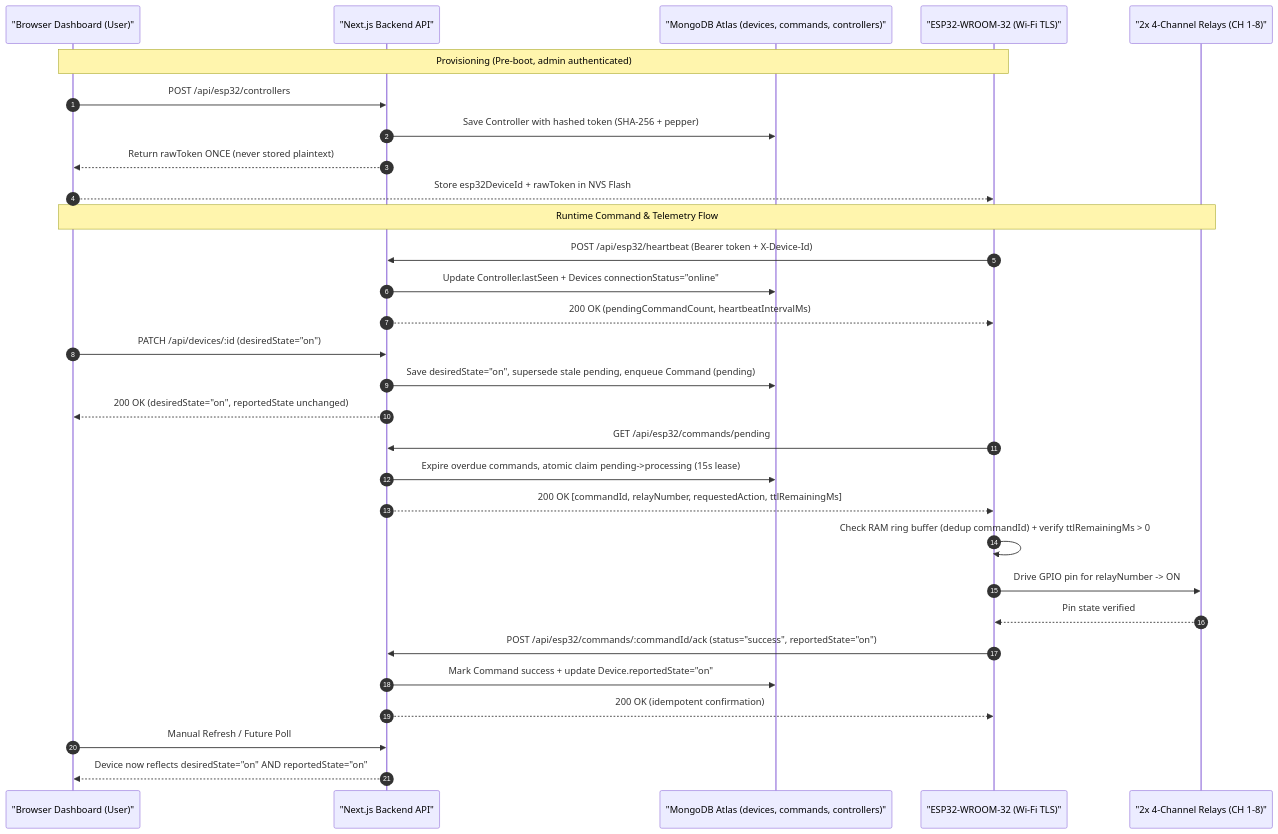
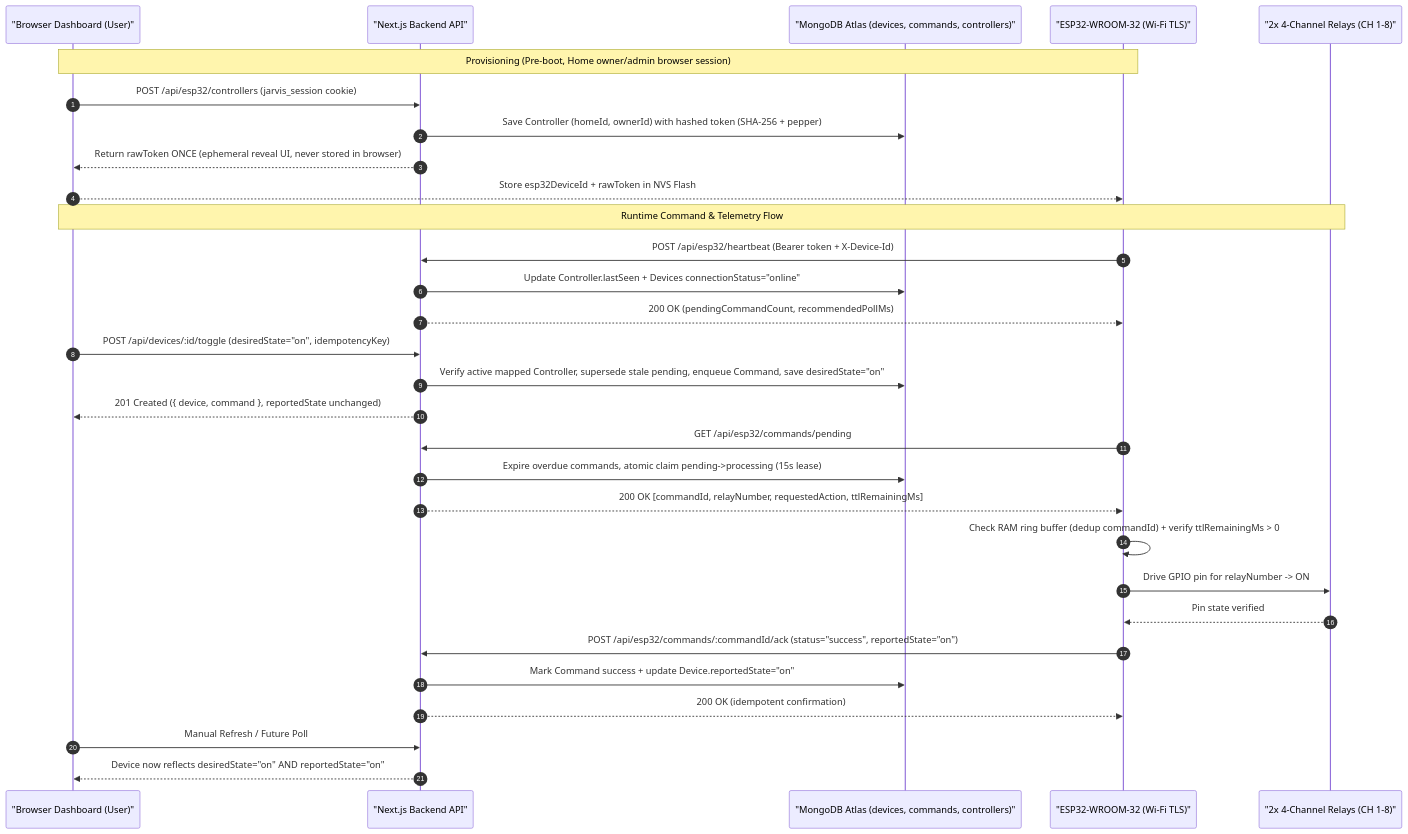
The first of 2 diagrams in docs/ARCHITECTURE.md (piyushh-ai/JARVIS), drawn with Mermaid before and after one commit. The commit also changed other lines of this file and 63 other files, not shown here.

````diff
--- a/docs/ARCHITECTURE.md
+++ b/docs/ARCHITECTURE.md
@@ -326,39 +357,39 @@
 ```mermaid
 sequenceDiagram
   autonumber
   participant Admin as "Browser Dashboard (User)"
   participant API as "Next.js Backend API"
   participant DB as "MongoDB Atlas (devices, commands, controllers)"
   participant ESP as "ESP32-WROOM-32 (Wi-Fi TLS)"
   participant Relay as "2x 4-Channel Relays (CH 1-8)"
 
-  Note over Admin,ESP: Provisioning (Pre-boot, admin authenticated)
-  Admin->>API: POST /api/esp32/controllers
-  API->>DB: Save Controller with hashed token (SHA-256 + pepper)
-  API-->>Admin: Return rawToken ONCE (never stored plaintext)
+  Note over Admin,ESP: Provisioning (Pre-boot, Home owner/admin browser session)
+  Admin->>API: POST /api/esp32/controllers (jarvis_session cookie)
+  API->>DB: Save Controller (homeId, ownerId) with hashed token (SHA-256 + pepper)
+  API-->>Admin: Return rawToken ONCE (ephemeral reveal UI, never stored in browser)
   Admin-->>ESP: Store esp32DeviceId + rawToken in NVS Flash
 
   Note over Admin,Relay: Runtime Command & Telemetry Flow
   ESP->>API: POST /api/esp32/heartbeat (Bearer token + X-Device-Id)
   API->>DB: Update Controller.lastSeen + Devices connectionStatus="online"
-  API-->>ESP: 200 OK (pendingCommandCount, heartbeatIntervalMs)
+  API-->>ESP: 200 OK (pendingCommandCount, recommendedPollMs)
 
-  Admin->>API: PATCH /api/devices/:id (desiredState="on")
-  API->>DB: Save desiredState="on", supersede stale pending, enqueue Command (pending)
-  API-->>Admin: 200 OK (desiredState="on", reportedState unchanged)
+  Admin->>API: POST /api/devices/:id/toggle (desiredState="on", idempotencyKey)
+  API->>DB: Verify active mapped Controller, supersede stale pending, enqueue Command, save desiredState="on"
+  API-->>Admin: 201 Created ({ device, command }, reportedState unchanged)
 
   ESP->>API: GET /api/esp32/commands/pending
   API->>DB: Expire overdue commands, atomic claim pending->processing (15s lease)
   API-->>ESP: 200 OK [commandId, relayNumber, requestedAction, ttlRemainingMs]
 
   ESP->>ESP: Check RAM ring buffer (dedup commandId) + verify ttlRemainingMs > 0
   ESP->>Relay: Drive GPIO pin for relayNumber -> ON
   Relay-->>ESP: Pin state verified
 
   ESP->>API: POST /api/esp32/commands/:commandId/ack (status="success", reportedState="on")
   API->>DB: Mark Command success + update Device.reportedState="on"
   API-->>ESP: 200 OK (idempotent confirmation)
 
   Admin->>API: Manual Refresh / Future Poll
   API-->>Admin: Device now reflects desiredState="on" AND reportedState="on"
 ```
````
